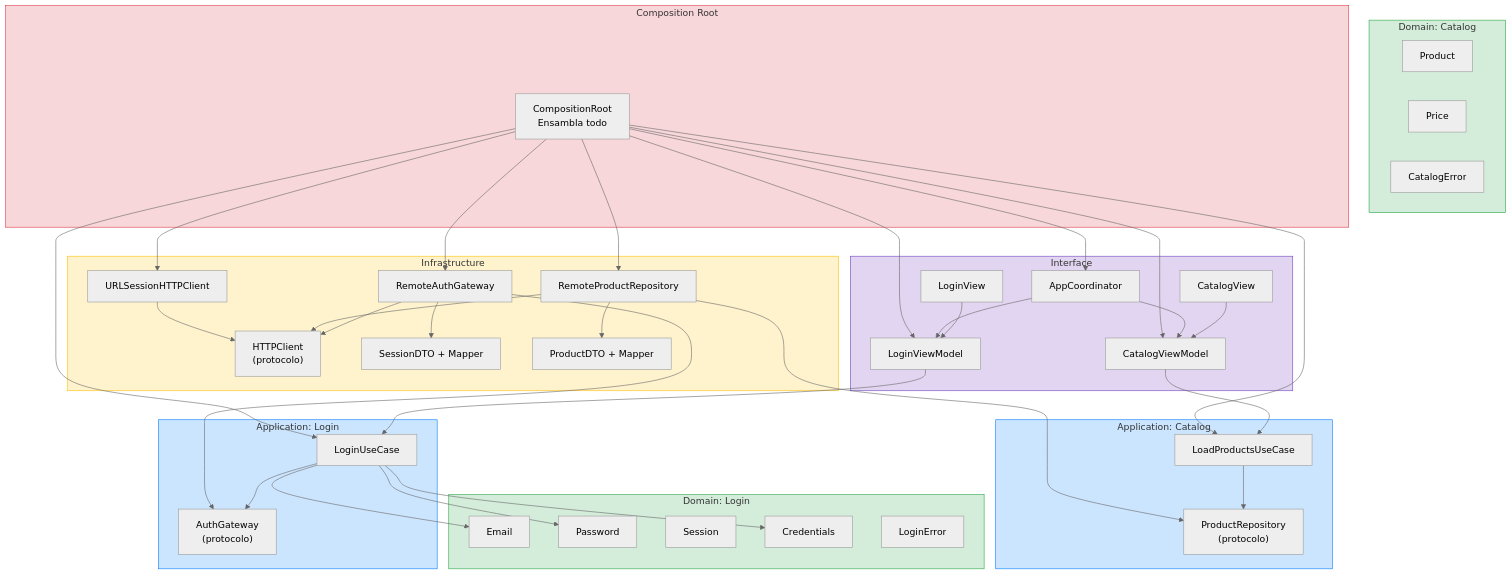
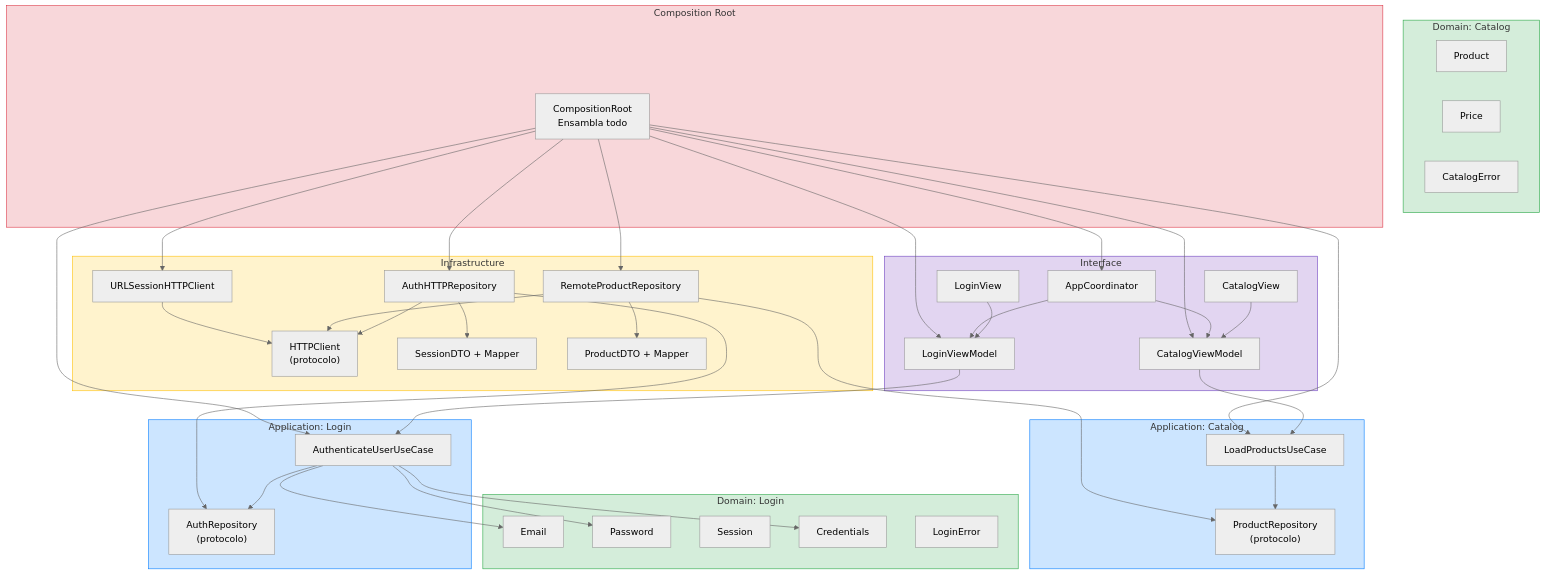
Before and after one commit to SwiftEnProfundidad/stack-my-architecture-ios: the sixth of 9 diagrams in anexos/diagramas/atlas-arquitectura.md, drawn with Mermaid (neutral theme). The commit also changed other lines of this file and 50 other files, not shown here.

```diff
--- a/anexos/diagramas/atlas-arquitectura.md
+++ b/anexos/diagramas/atlas-arquitectura.md
@@ -228,8 +228,8 @@
     end
 
     subgraph APP_LOGIN["Application: Login"]
-        AuthGW["AuthGateway<br/>(protocolo)"]
-        LoginUC["LoginUseCase"]
+        AuthGW["AuthRepository<br/>(protocolo)"]
+        LoginUC["AuthenticateUserUseCase"]
     end
 
     subgraph APP_CATALOG["Application: Catalog"]
@@ -240,7 +240,7 @@
     subgraph INFRA["Infrastructure"]
         HTTPClient["HTTPClient<br/>(protocolo)"]
         URLSessionHTTP["URLSessionHTTPClient"]
-        RemoteAuth["RemoteAuthGateway"]
+        RemoteAuth["AuthHTTPRepository"]
         RemoteProd["RemoteProductRepository"]
         SessionDTO["SessionDTO + Mapper"]
         ProductDTO["ProductDTO + Mapper"]
```
